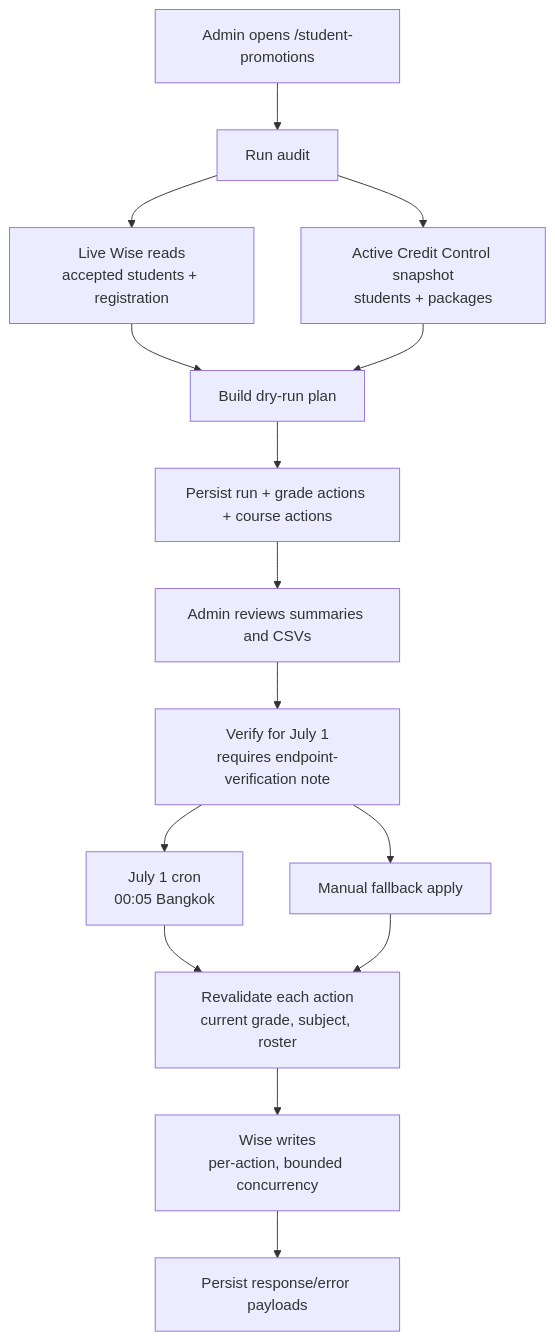
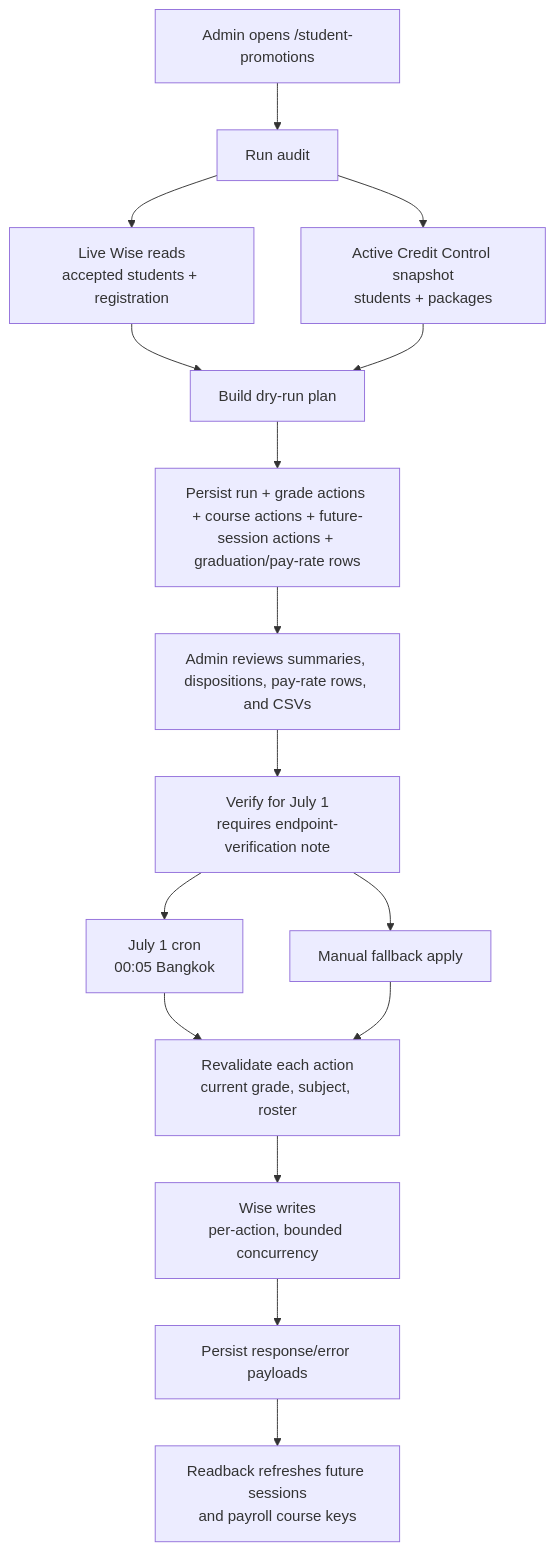
The diagram in docs/features/student-promotions.md (kasheesh711/bgscheduler), drawn with Mermaid before and after one commit. The commit also changed other lines of this file and 25 other files, not shown here.

Commit message:
feat(student-promotions): add graduation and pay-rate review guardrails

````diff
--- a/docs/features/student-promotions.md
+++ b/docs/features/student-promotions.md
@@ -55,17 +86,18 @@
 ```mermaid
 flowchart TD
   Admin["Admin opens /student-promotions"] --> Audit["Run audit"]
   Audit --> WiseRead["Live Wise reads\naccepted students + registration"]
   Audit --> Snapshot["Active Credit Control snapshot\nstudents + packages"]
   WiseRead --> Plan["Build dry-run plan"]
   Snapshot --> Plan
-  Plan --> Tables["Persist run + grade actions + course actions"]
-  Tables --> Review["Admin reviews summaries and CSVs"]
+  Plan --> Tables["Persist run + grade actions + course actions + future-session actions + graduation/pay-rate rows"]
+  Tables --> Review["Admin reviews summaries, dispositions, pay-rate rows, and CSVs"]
   Review --> Verify["Verify for July 1\nrequires endpoint-verification note"]
   Verify --> Cron["July 1 cron\n00:05 Bangkok"]
   Verify --> Manual["Manual fallback apply"]
   Cron --> Revalidate["Revalidate each action\ncurrent grade, subject, roster"]
   Manual --> Revalidate
   Revalidate --> Writes["Wise writes\nper-action, bounded concurrency"]
   Writes --> AuditRows["Persist response/error payloads"]
+  AuditRows --> SessionReadback["Readback refreshes future sessions\nand payroll course keys"]
 ```
````
